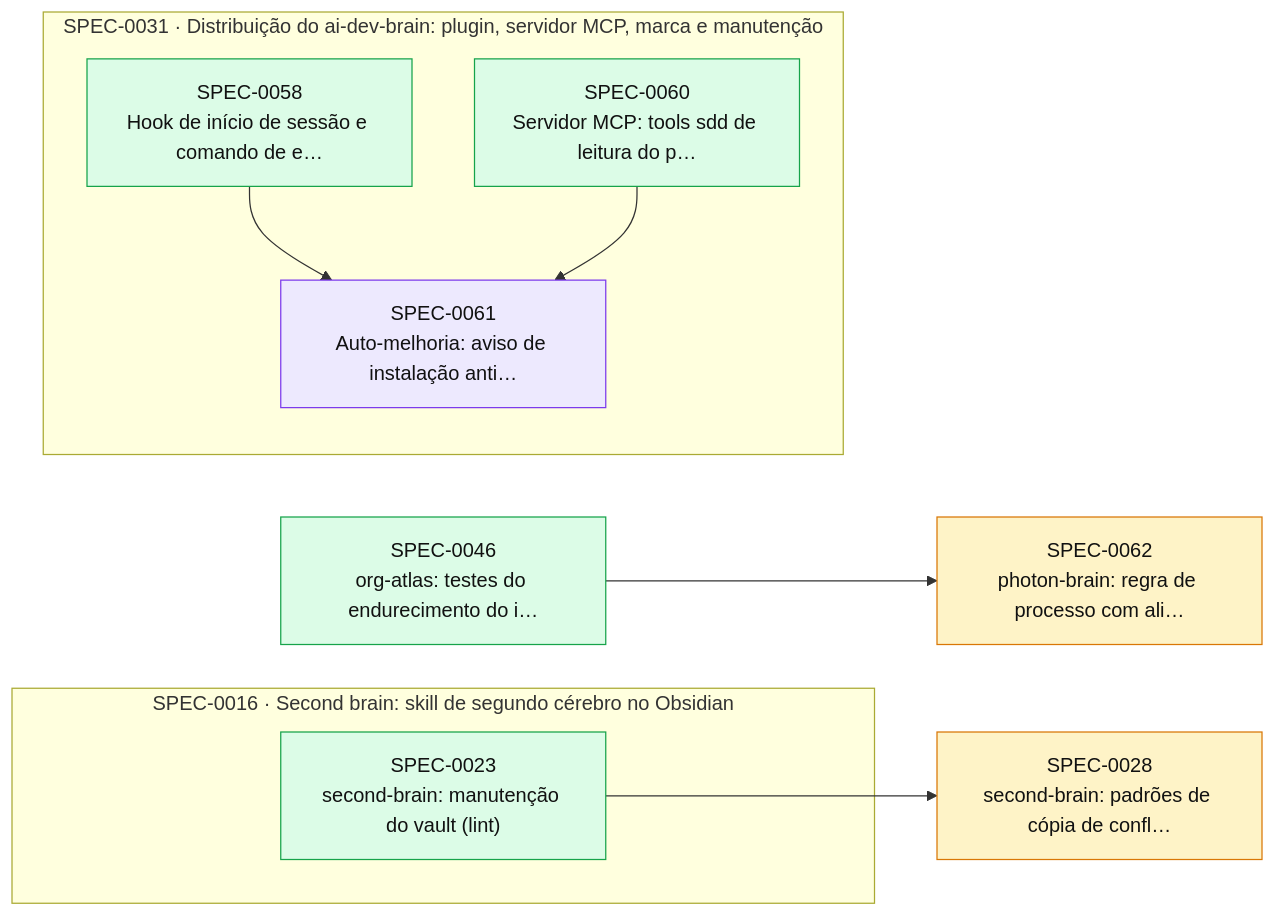
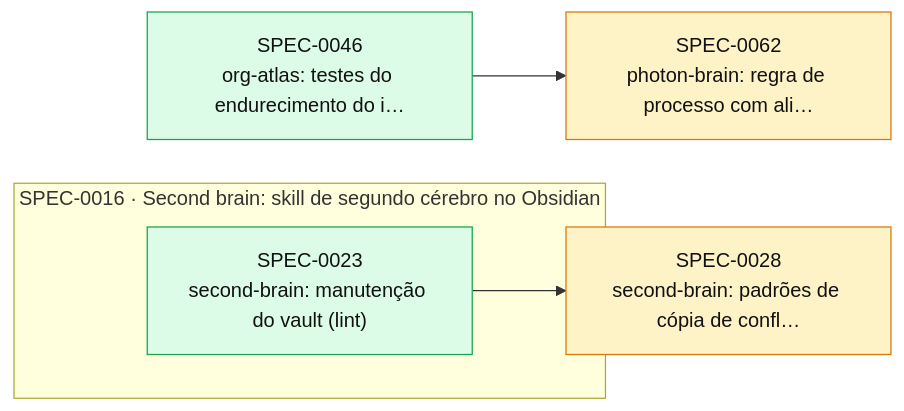
One commit to thomasravache/ai-dev-brain changed the diagram in docs/specs/INDEX.md. Above: the diagram before and after it, drawn with Mermaid. The commit also changed other lines of this file and 1 other file, not shown here.

First line of the commit message:
docs(specs): G7 e fechamento da SPEC-0061

````diff
--- a/docs/specs/INDEX.md
+++ b/docs/specs/INDEX.md
@@ -50,23 +49,16 @@
 ```mermaid
 flowchart LR
   S0028["SPEC-0028<br/>second-brain: padrões de cópia de confl…"]:::proposed
   S0046["SPEC-0046<br/>org-atlas: testes do endurecimento do i…"]:::implemented
   S0062["SPEC-0062<br/>photon-brain: regra de processo com ali…"]:::proposed
   subgraph E0016["SPEC-0016 · Second brain: skill de segundo cérebro no Obsidian"]
     S0023["SPEC-0023<br/>second-brain: manutenção do vault (lint)"]:::implemented
   end
-  subgraph E0031["SPEC-0031 · Distribuição do ai-dev-brain: plugin, servidor MCP, marca e manutenção"]
-    S0058["SPEC-0058<br/>Hook de início de sessão e comando de e…"]:::implemented
-    S0060["SPEC-0060<br/>Servidor MCP: tools sdd de leitura do p…"]:::implemented
-    S0061["SPEC-0061<br/>Auto-melhoria: aviso de instalação anti…"]:::inprogress
-  end
   S0023 --> S0028
-  S0058 --> S0061
-  S0060 --> S0061
   S0046 --> S0062
   classDef proposed fill:#fef3c7,stroke:#d97706,color:#111
   classDef approved fill:#dbeafe,stroke:#2563eb,color:#111
   classDef inprogress fill:#ede9fe,stroke:#7c3aed,color:#111
   classDef implemented fill:#dcfce7,stroke:#16a34a,color:#111
   classDef deprecated fill:#f3f4f6,stroke:#9ca3af,color:#6b7280
 ```
````
